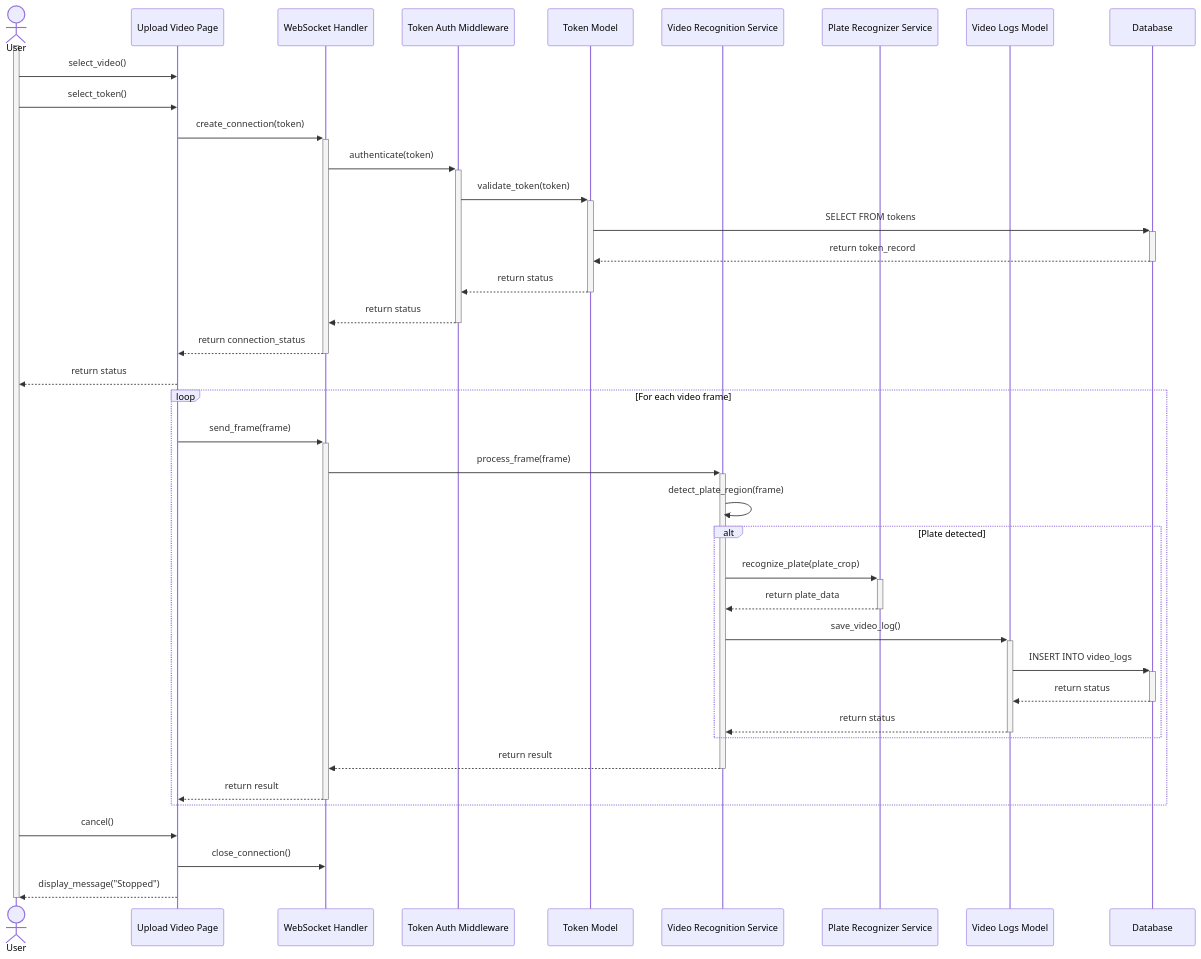
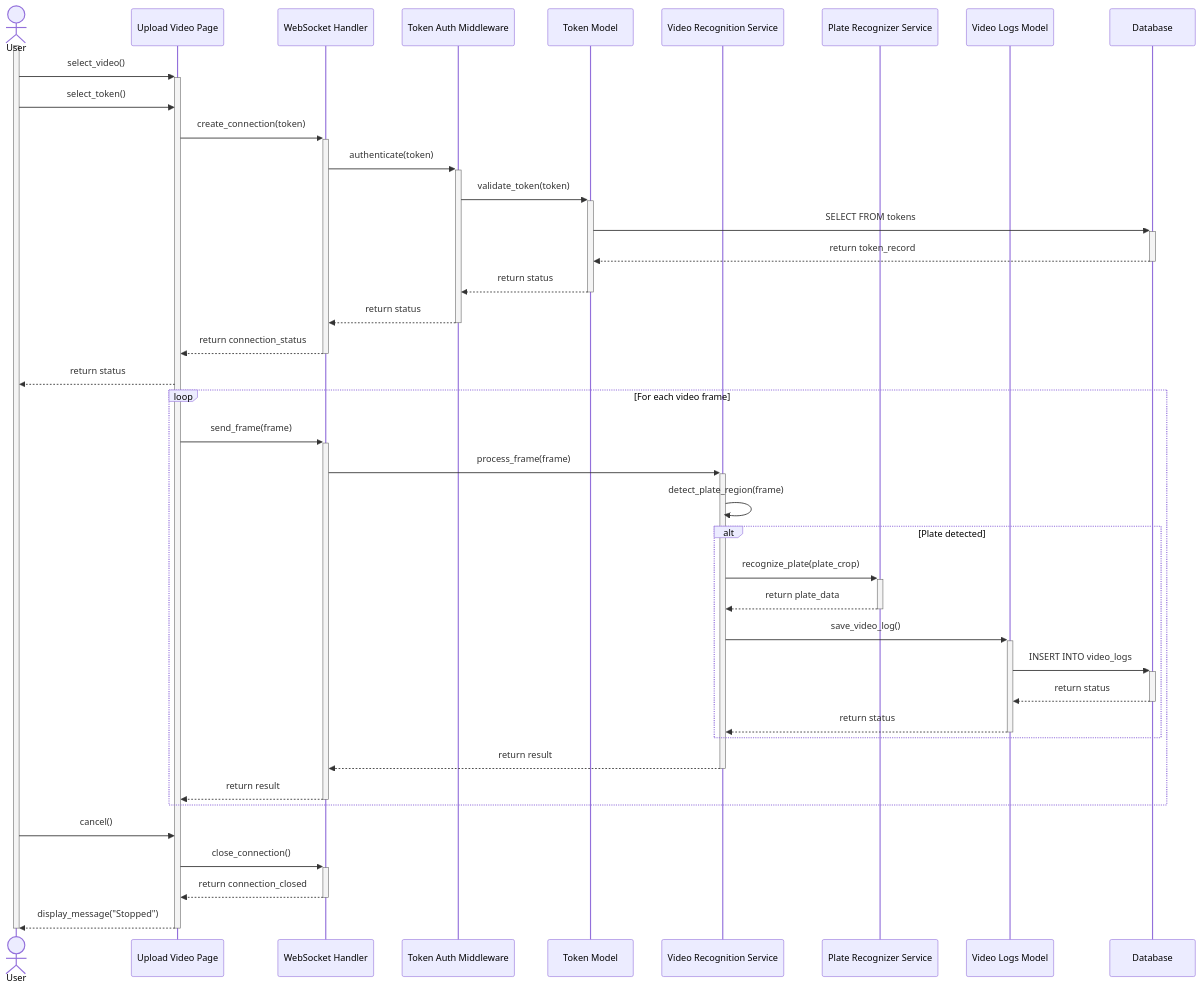
One commit to Tanaphat-Ken/ALPR-V2 changed the tenth of 20 diagrams in SYSTEM_DIAGRAMS.md. Above: the diagram before and after it, drawn with Mermaid. The commit also changed other lines of this file, not shown here.

````diff
--- a/SYSTEM_DIAGRAMS.md
+++ b/SYSTEM_DIAGRAMS.md
@@ -422,46 +421,48 @@
 ```mermaid
+
 sequenceDiagram
     actor User
     participant UploadPage as Upload Video Page
     participant WSHandler as WebSocket Handler
     participant TAM as Token Auth Middleware
     participant TokenModel as Token Model
     participant VideoService as Video Recognition Service
     participant PR as Plate Recognizer Service
     participant VideoLogsModel as Video Logs Model
     participant DB as Database
 
     activate User
-    User->>UploadPage: select_video()
+    User->>+UploadPage: select_video()
     User->>UploadPage: select_token()
     UploadPage->>+WSHandler: create_connection(token)
     WSHandler->>+TAM: authenticate(token)
     TAM->>+TokenModel: validate_token(token)
     TokenModel->>+DB: SELECT FROM tokens
     DB-->>-TokenModel: return token_record
     TokenModel-->>-TAM: return status
     TAM-->>-WSHandler: return status
     WSHandler-->>-UploadPage: return connection_status
     UploadPage-->>User: return status
 
     loop For each video frame
         UploadPage->>+WSHandler: send_frame(frame)
         WSHandler->>+VideoService: process_frame(frame)
         VideoService->>VideoService: detect_plate_region(frame)
         alt Plate detected
             VideoService->>+PR: recognize_plate(plate_crop)
             PR-->>-VideoService: return plate_data
             VideoService->>+VideoLogsModel: save_video_log()
             VideoLogsModel->>+DB: INSERT INTO video_logs
             DB-->>-VideoLogsModel: return status
             VideoLogsModel-->>-VideoService: return status
         end
         VideoService-->>-WSHandler: return result
         WSHandler-->>-UploadPage: return result
     end
 
     User->>UploadPage: cancel()
-    UploadPage->>WSHandler: close_connection()
-    UploadPage-->>User: display_message("Stopped")
+    UploadPage->>+WSHandler: close_connection()
+    WSHandler-->>-UploadPage: return connection_closed
+    UploadPage-->>-User: display_message("Stopped")
     deactivate User
 ```
````
